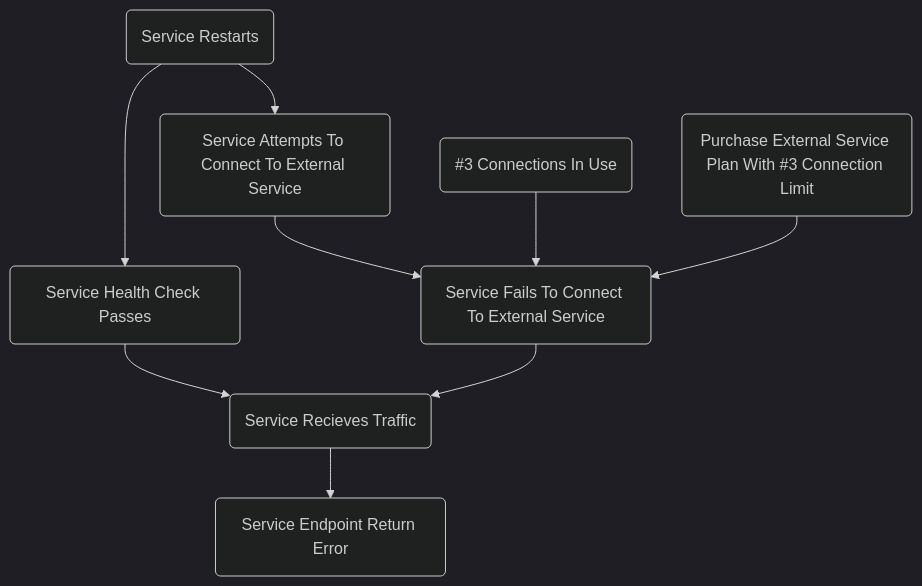
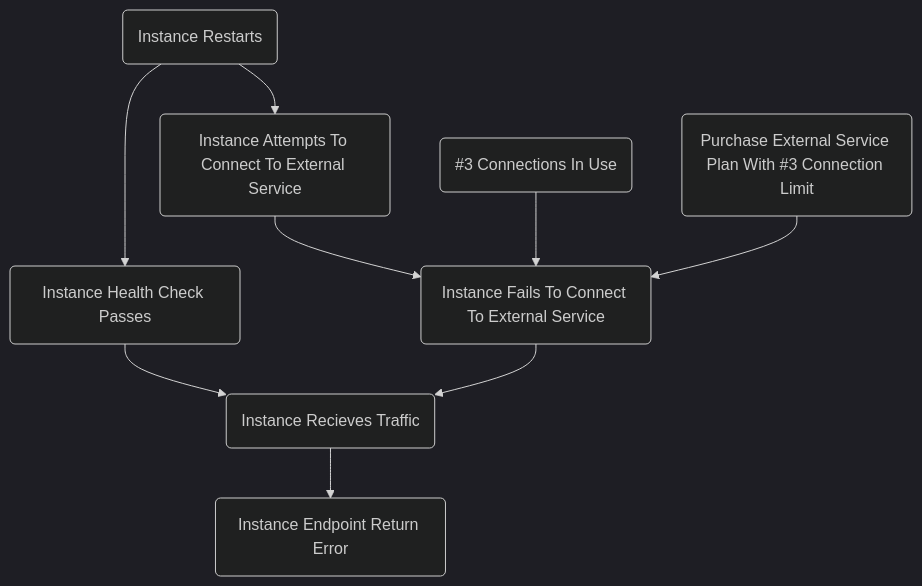
Before and after one commit to Cori1109/Cori1109.github.io: the diagram in content/post/causal-diagrams.md, drawn with Mermaid (dark theme).

````diff
--- a/content/post/causal-diagrams.md
+++ b/content/post/causal-diagrams.md
@@ -16,18 +16,18 @@
 ```mermaid
 graph TD
-    A(Service Restarts)
-    B(Service Attempts To Connect To External Service)
-    C(Service Fails To Connect To External Service)
+    A(Instance Restarts)
+    B(Instance Attempts To Connect To External Service)
+    C(Instance Fails To Connect To External Service)
     D(Purchase External Service Plan With #3 Connection Limit)
     E(#3 Connections In Use)
-    F(Service Health Check Passes)
-    G(Service Recieves Traffic)
-    H(Service Endpoint Return Error)
+    F(Instance Health Check Passes)
+    G(Instance Recieves Traffic)
+    H(Instance Endpoint Return Error)
    
     A --> B --> C
     A --> F --> G
     C --> G
     E --> C
     D --> C
     G --> H
 ```
````
